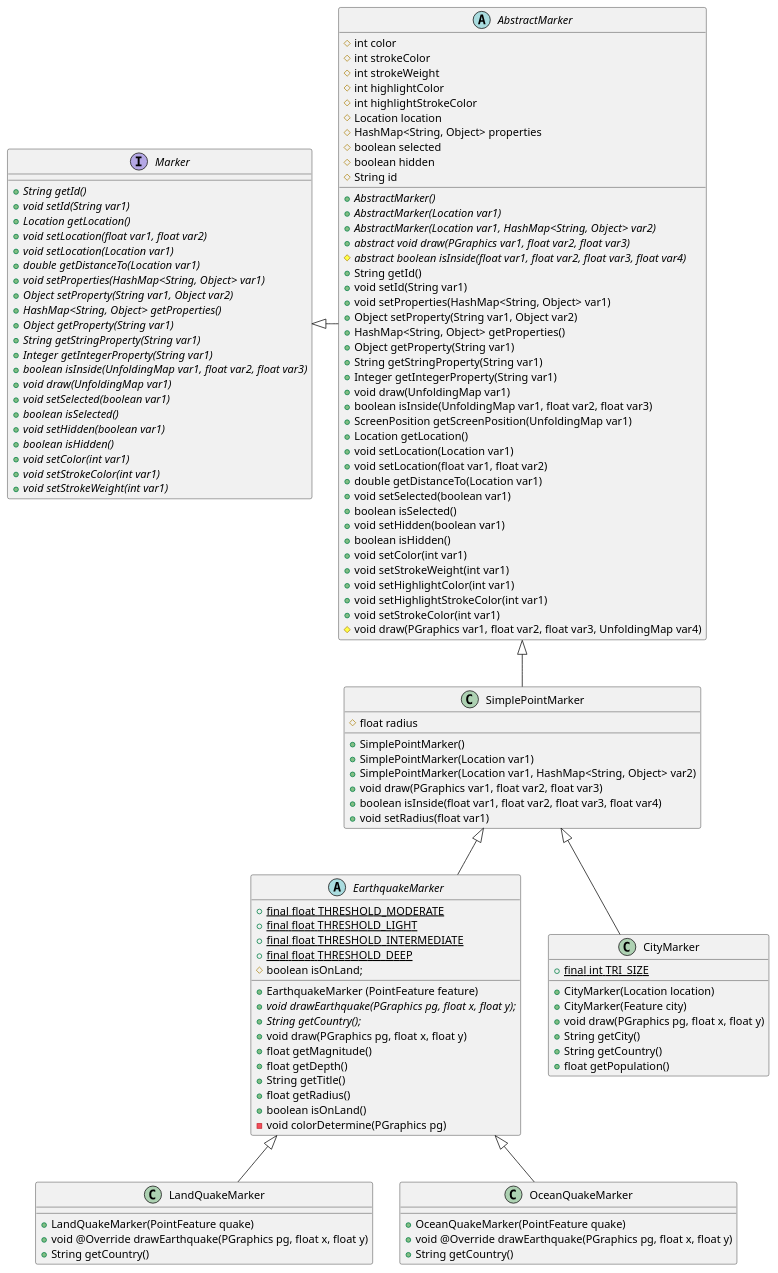
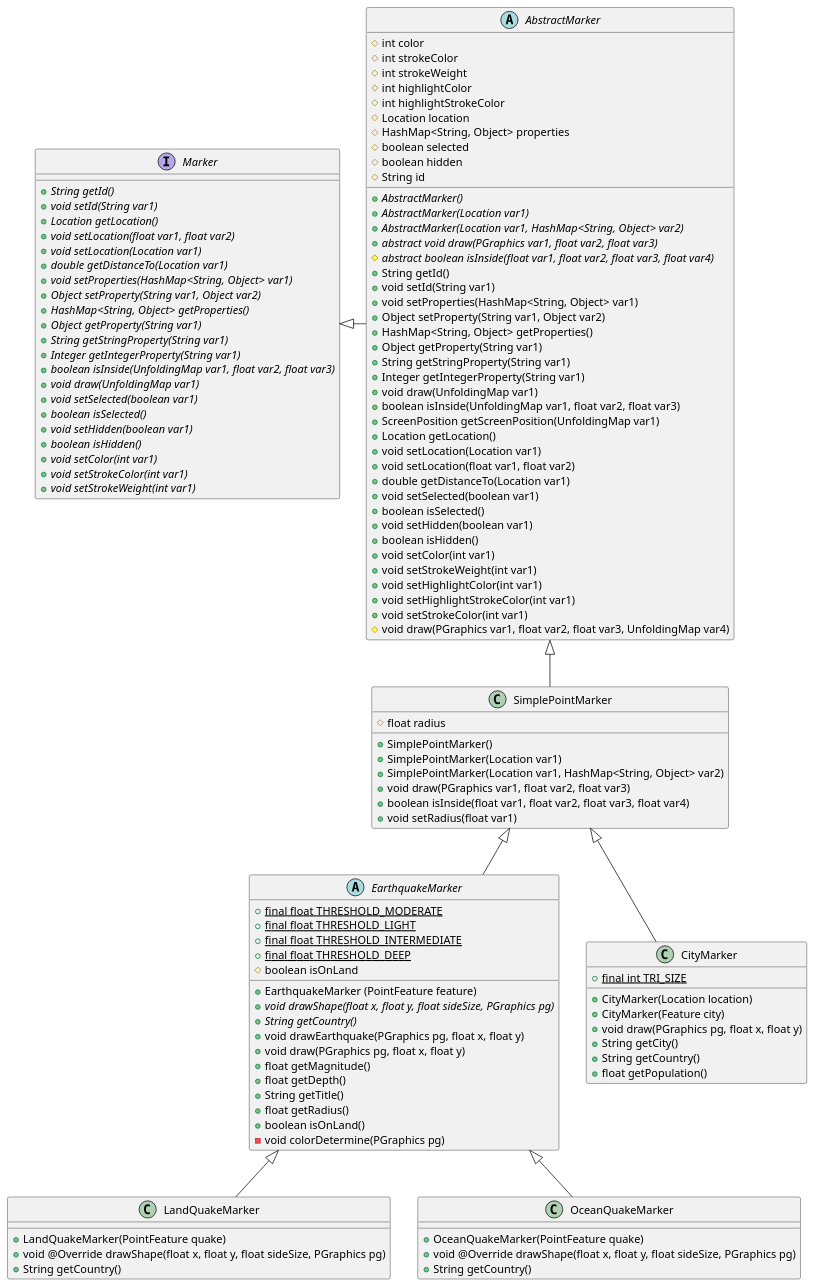
One commit to stevepetcu/Course1StarterCode changed the diagram in UCSDUnfoldingMaps/src/module4/documentation/class_diagram.puml. Above: the diagram before and after it, drawn with PlantUML. The commit also changed 4 other files, not shown here.

```diff
--- a/UCSDUnfoldingMaps/src/module4/documentation/class_diagram.puml
+++ b/UCSDUnfoldingMaps/src/module4/documentation/class_diagram.puml
@@ -1,134 +1,135 @@
 @startuml
 
 'class_definitions'
     interface Marker {
         + {abstract} String getId()
         + {abstract} void setId(String var1)
         + {abstract} Location getLocation()
         + {abstract} void setLocation(float var1, float var2)
         + {abstract} void setLocation(Location var1)
         + {abstract} double getDistanceTo(Location var1)
         + {abstract} void setProperties(HashMap<String, Object> var1)
         + {abstract} Object setProperty(String var1, Object var2)
         + {abstract} HashMap<String, Object> getProperties()
         + {abstract} Object getProperty(String var1)
         + {abstract} String getStringProperty(String var1)
         + {abstract} Integer getIntegerProperty(String var1)
         + {abstract} boolean isInside(UnfoldingMap var1, float var2, float var3)
         + {abstract} void draw(UnfoldingMap var1)
         + {abstract} void setSelected(boolean var1)
         + {abstract} boolean isSelected()
         + {abstract} void setHidden(boolean var1)
         + {abstract} boolean isHidden()
         + {abstract} void setColor(int var1)
         + {abstract} void setStrokeColor(int var1)
         + {abstract} void setStrokeWeight(int var1)
     }
 
     abstract class AbstractMarker {
         # int color
         # int strokeColor
         # int strokeWeight
         # int highlightColor
         # int highlightStrokeColor
         # Location location
         # HashMap<String, Object> properties
         # boolean selected
         # boolean hidden
         # String id
         + {abstract} AbstractMarker()
         + {abstract} AbstractMarker(Location var1)
         + {abstract} AbstractMarker(Location var1, HashMap<String, Object> var2)
         + {abstract} abstract void draw(PGraphics var1, float var2, float var3)
         # {abstract} abstract boolean isInside(float var1, float var2, float var3, float var4)
         + String getId()
         + void setId(String var1)
         + void setProperties(HashMap<String, Object> var1)
         + Object setProperty(String var1, Object var2)
         + HashMap<String, Object> getProperties()
         + Object getProperty(String var1)
         + String getStringProperty(String var1)
         + Integer getIntegerProperty(String var1)
         + void draw(UnfoldingMap var1)
         + boolean isInside(UnfoldingMap var1, float var2, float var3)
         + ScreenPosition getScreenPosition(UnfoldingMap var1)
         + Location getLocation()
         + void setLocation(Location var1)
         + void setLocation(float var1, float var2)
         + double getDistanceTo(Location var1)
         + void setSelected(boolean var1)
         + boolean isSelected()
         + void setHidden(boolean var1)
         + boolean isHidden()
         + void setColor(int var1)
         + void setStrokeWeight(int var1)
         + void setHighlightColor(int var1)
         + void setHighlightStrokeColor(int var1)
         + void setStrokeColor(int var1)
         # void draw(PGraphics var1, float var2, float var3, UnfoldingMap var4)
     }
 
     class SimplePointMarker {
         # float radius
         + SimplePointMarker()
         + SimplePointMarker(Location var1)
         + SimplePointMarker(Location var1, HashMap<String, Object> var2)
         + void draw(PGraphics var1, float var2, float var3)
         + boolean isInside(float var1, float var2, float var3, float var4)
         + void setRadius(float var1)
     }
 
     abstract class EarthquakeMarker {
         + {static} final float THRESHOLD_MODERATE
         + {static} final float THRESHOLD_LIGHT
         + {static} final float THRESHOLD_INTERMEDIATE
         + {static} final float THRESHOLD_DEEP
-        # boolean isOnLand;
+        # boolean isOnLand
         + EarthquakeMarker (PointFeature feature)
-        + {abstract} void drawEarthquake(PGraphics pg, float x, float y);
-        + {abstract} String getCountry();
+        + {abstract} void drawShape(float x, float y, float sideSize, PGraphics pg)
+        + {abstract} String getCountry()
+        + void drawEarthquake(PGraphics pg, float x, float y)
         + void draw(PGraphics pg, float x, float y)
         + float getMagnitude()
         + float getDepth()
         + String getTitle()
         + float getRadius()
         + boolean isOnLand()
         - void colorDetermine(PGraphics pg)
     }
 
     class LandQuakeMarker {
         + LandQuakeMarker(PointFeature quake)
-        + void @Override drawEarthquake(PGraphics pg, float x, float y)
+        + void @Override drawShape(float x, float y, float sideSize, PGraphics pg)
         + String getCountry()
     }
 
     class OceanQuakeMarker {
         + OceanQuakeMarker(PointFeature quake)
-        + void @Override drawEarthquake(PGraphics pg, float x, float y)
+        + void @Override drawShape(float x, float y, float sideSize, PGraphics pg)
         + String getCountry()
     }
 
     class CityMarker {
             + {static} final int TRI_SIZE
             + CityMarker(Location location)
             + CityMarker(Feature city)
             + void draw(PGraphics pg, float x, float y)
             + String getCity()
             + String getCountry()
             + float getPopulation()
     }
 '/class_definitions'
 
 'class_relationships'
     Marker <|-right- AbstractMarker
 
     AbstractMarker <|-- SimplePointMarker
 
     SimplePointMarker <|-- EarthquakeMarker
     SimplePointMarker <|-- CityMarker
 
     EarthquakeMarker <|-- LandQuakeMarker
     EarthquakeMarker <|-- OceanQuakeMarker
 '/class_relationships'
 
 @enduml
```
